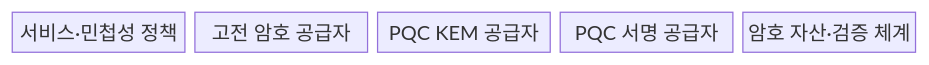
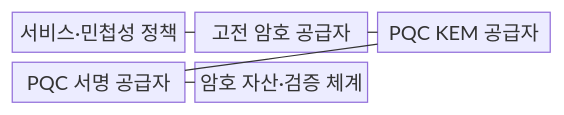
One commit to agnusdei1207/knowledge-base changed the first of 2 diagrams in src/content/docs/notes/05-security/012_post_quantum_cryptography.md. Above: the diagram before and after it, drawn with Mermaid. The commit also changed other lines of this file and 151 other files, not shown here.

````diff
--- a/src/content/docs/notes/05-security/012_post_quantum_cryptography.md
+++ b/src/content/docs/notes/05-security/012_post_quantum_cryptography.md
@@ -63,9 +62,13 @@
 ```mermaid
 block-beta
-    columns 5
+    columns 3
     S["서비스·민첩성 정책"]
     C["고전 암호 공급자"]
     K["PQC KEM 공급자"]
     D["PQC 서명 공급자"]
     I["암호 자산·검증 체계"]
+    S --- C
+    C --- K
+    K --- D
+    D --- I
 ```
````
